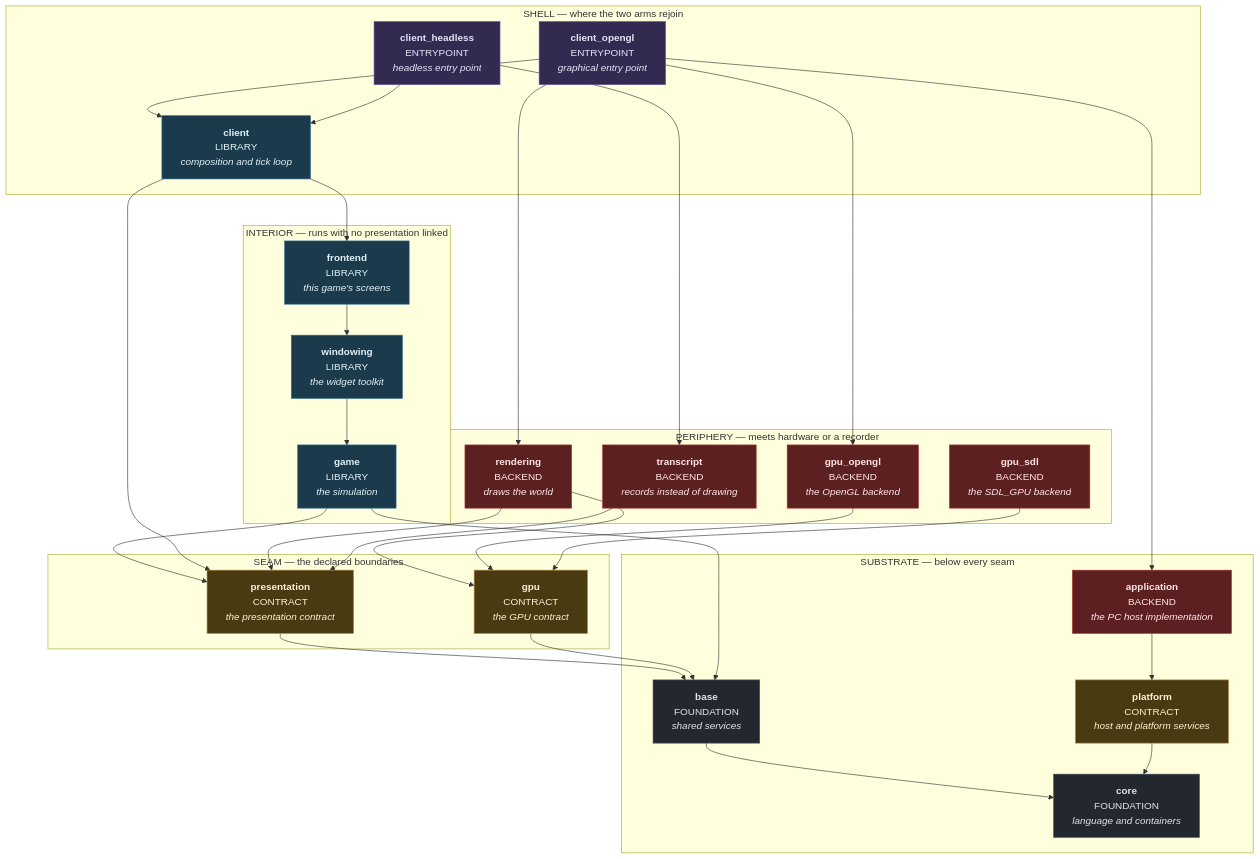
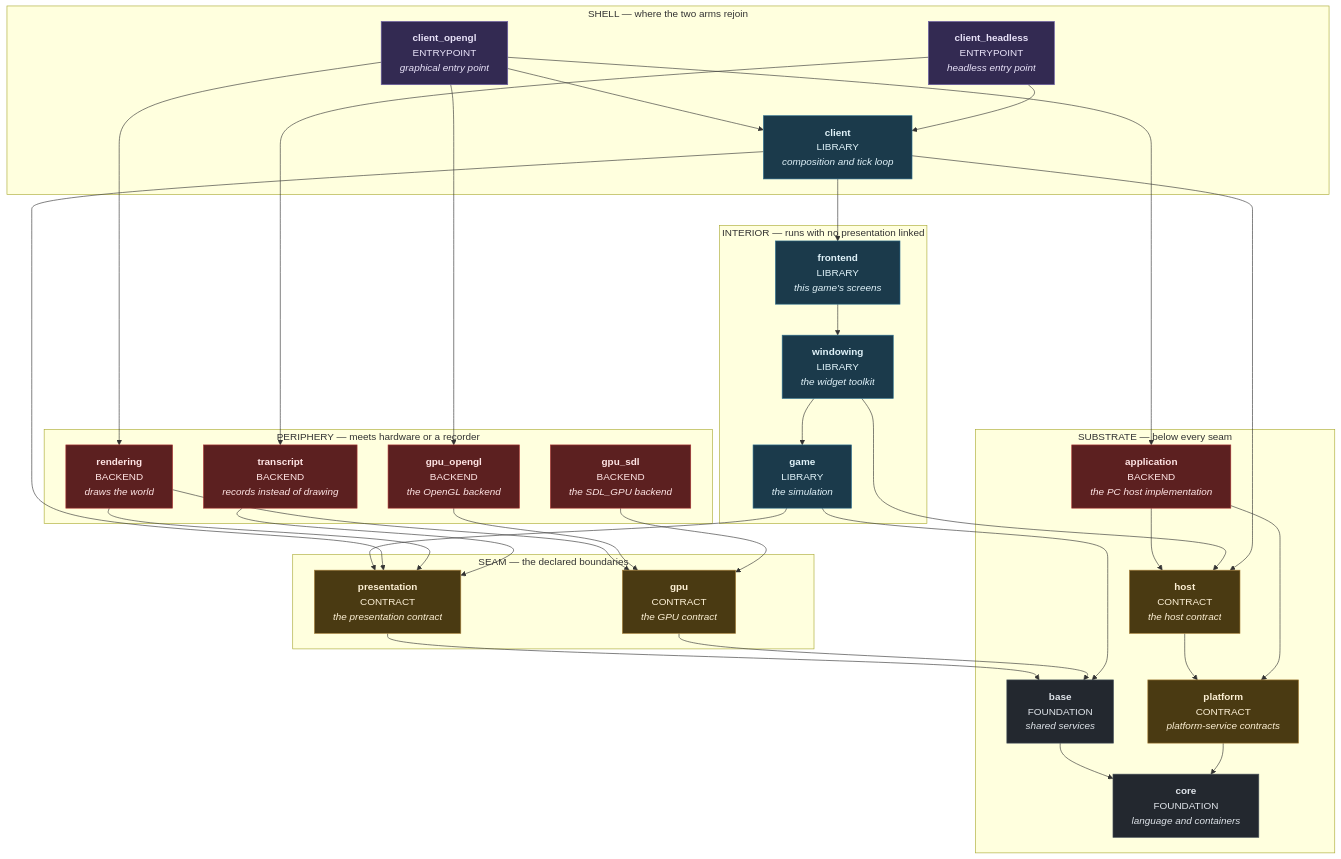
Before and after one commit to apnex/OpenStarbound: the second of 2 diagrams in docs/superpowers/specs/2026-08-01-sovereign-headless-client-design.md, drawn with Mermaid. The commit also changed other lines of this file, not shown here.

````diff
--- a/docs/superpowers/specs/2026-08-01-sovereign-headless-client-design.md
+++ b/docs/superpowers/specs/2026-08-01-sovereign-headless-client-design.md
@@ -335,67 +335,72 @@
 ```mermaid
 flowchart TD
   subgraph Z_SHELL ["SHELL — where the two arms rejoin"]
     shell["<b>client</b><br/>LIBRARY<br/><i>composition and tick loop</i>"]
     cgl["<b>client_opengl</b><br/>ENTRYPOINT<br/><i>graphical entry point</i>"]
     chl["<b>client_headless</b><br/>ENTRYPOINT<br/><i>headless entry point</i>"]
   end
 
   subgraph Z_INT ["INTERIOR — runs with no presentation linked"]
     front["<b>frontend</b><br/>LIBRARY<br/><i>this game's screens</i>"]
     win["<b>windowing</b><br/>LIBRARY<br/><i>the widget toolkit</i>"]
     game["<b>game</b><br/>LIBRARY<br/><i>the simulation</i>"]
   end
 
   subgraph Z_PER ["PERIPHERY — meets hardware or a recorder"]
     rend["<b>rendering</b><br/>BACKEND<br/><i>draws the world</i>"]
     tr["<b>transcript</b><br/>BACKEND<br/><i>records instead of drawing</i>"]
     glb["<b>gpu_opengl</b><br/>BACKEND<br/><i>the OpenGL backend</i>"]
     sdlb["<b>gpu_sdl</b><br/>BACKEND<br/><i>the SDL_GPU backend</i>"]
   end
 
   subgraph Z_SEAM ["SEAM — the declared boundaries"]
     contract["<b>presentation</b><br/>CONTRACT<br/><i>the presentation contract</i>"]
     gpu["<b>gpu</b><br/>CONTRACT<br/><i>the GPU contract</i>"]
   end
 
   subgraph Z_SUB ["SUBSTRATE — below every seam"]
     app["<b>application</b><br/>BACKEND<br/><i>the PC host implementation</i>"]
-    platform["<b>platform</b><br/>CONTRACT<br/><i>host and platform services</i>"]
+    host["<b>host</b><br/>CONTRACT<br/><i>the host contract</i>"]
+    platform["<b>platform</b><br/>CONTRACT<br/><i>platform-service contracts</i>"]
     base["<b>base</b><br/>FOUNDATION<br/><i>shared services</i>"]
     core["<b>core</b><br/>FOUNDATION<br/><i>language and containers</i>"]
   end
 
   base --> core
   platform --> core
+  host --> platform
+  app --> host
   app --> platform
+  win --> host
+  shell --> host
   contract --> base
   gpu --> base
   game --> base
   game --> contract
   win --> game
   front --> win
   shell --> front
   shell --> contract
   rend --> contract
   rend --> gpu
   tr --> contract
   glb --> gpu
   sdlb --> gpu
   cgl --> shell
   cgl --> rend
   cgl --> glb
   cgl --> app
   chl --> shell
   chl --> tr
 
   classDef kFoundation fill:#23282f,stroke:#4a545e,color:#dfe4ea
   classDef kContract   fill:#4a3a12,stroke:#a8813a,color:#fdf0d5
   classDef kBackend    fill:#5c2020,stroke:#aa3333,color:#ffe5e5
   classDef kLibrary    fill:#1b3a4b,stroke:#2c6e8f,color:#e0f2f9
   classDef kEntrypoint fill:#332a52,stroke:#6d5fa8,color:#e8e2f8
   class core,base kFoundation
-  class platform,contract,gpu kContract
+  class platform,host,contract,gpu kContract
   class app,rend,tr,glb,sdlb kBackend
   class game,win,front,shell kLibrary
   class cgl,chl kEntrypoint
 ```
````
